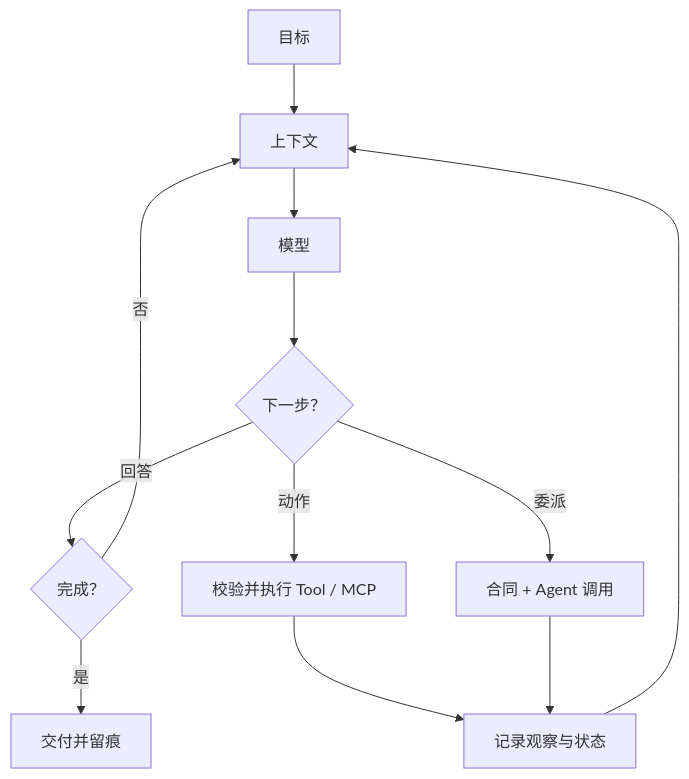
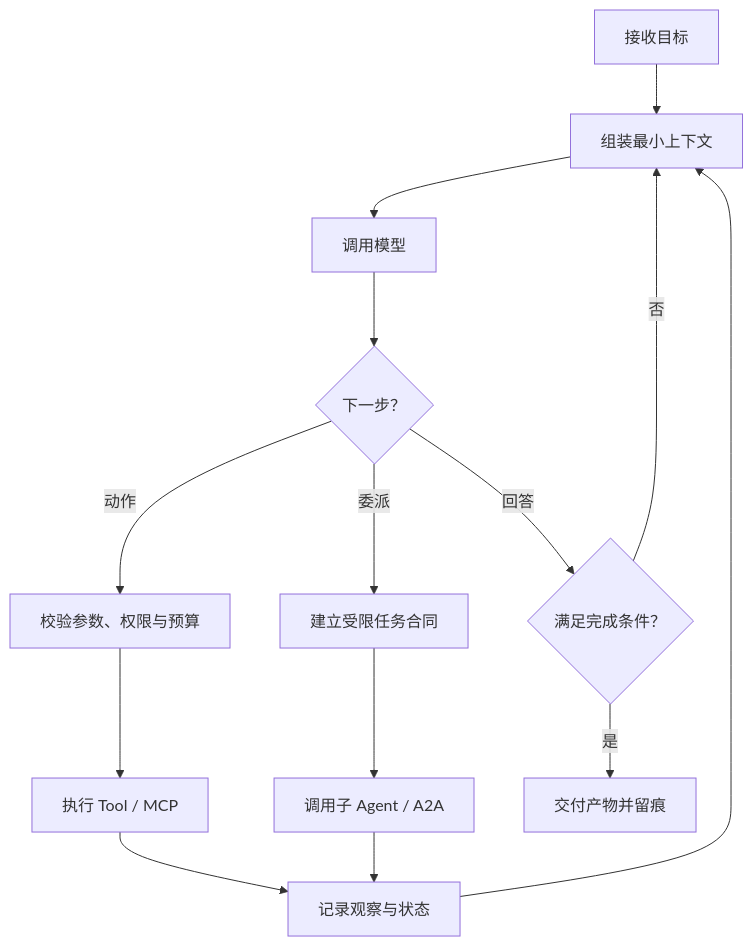
Before and after one commit to FoLaJJ/agent-systems-notes: the third of 5 diagrams in docs/01-agent-evolution.md, drawn with Mermaid. The commit also changed other lines of this file and 13 other files, not shown here.

Commit message:
Refine Mermaid diagram layouts

````diff
--- a/docs/01-agent-evolution.md
+++ b/docs/01-agent-evolution.md
@@ -157,14 +165,16 @@
 ```mermaid
 flowchart TB
-    G["目标"] --> C["上下文"]
-    C --> M["模型"]
+    G["接收目标"] --> C["组装最小上下文"]
+    C --> M["调用模型"]
     M --> D{"下一步？"}
-    D -->|回答| Q{"完成？"}
-    D -->|动作| V["校验并执行 Tool / MCP"]
-    D -->|委派| A["合同 + Agent 调用"]
-    V --> S["记录观察与状态"]
-    A --> S
+    D -->|回答| Q{"满足完成条件？"}
+    D -->|动作| V["校验参数、权限与预算"]
+    D -->|委派| A["建立受限任务合同"]
+    V --> X["执行 Tool / MCP"]
+    A --> X2["调用子 Agent / A2A"]
+    X --> S["记录观察与状态"]
+    X2 --> S
     S --> C
     Q -->|否| C
-    Q -->|是| O["交付并留痕"]
+    Q -->|是| O["交付产物并留痕"]
 ```
````
